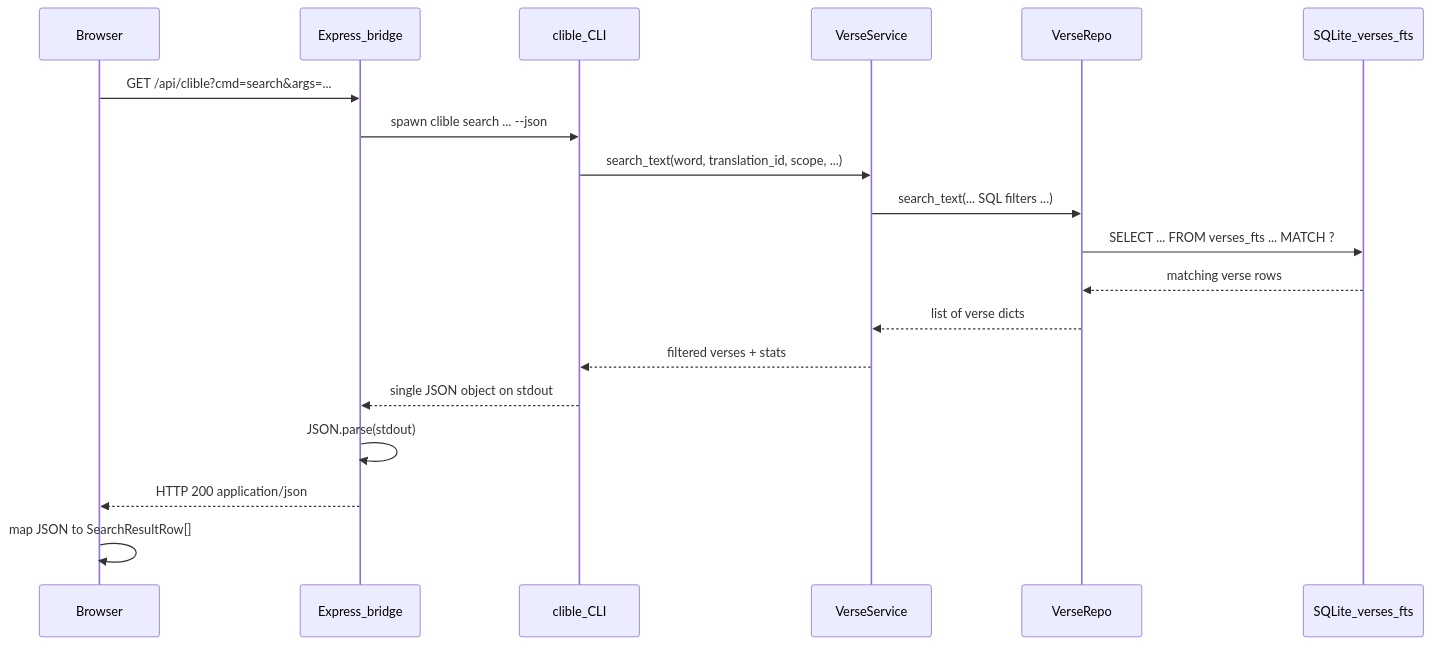
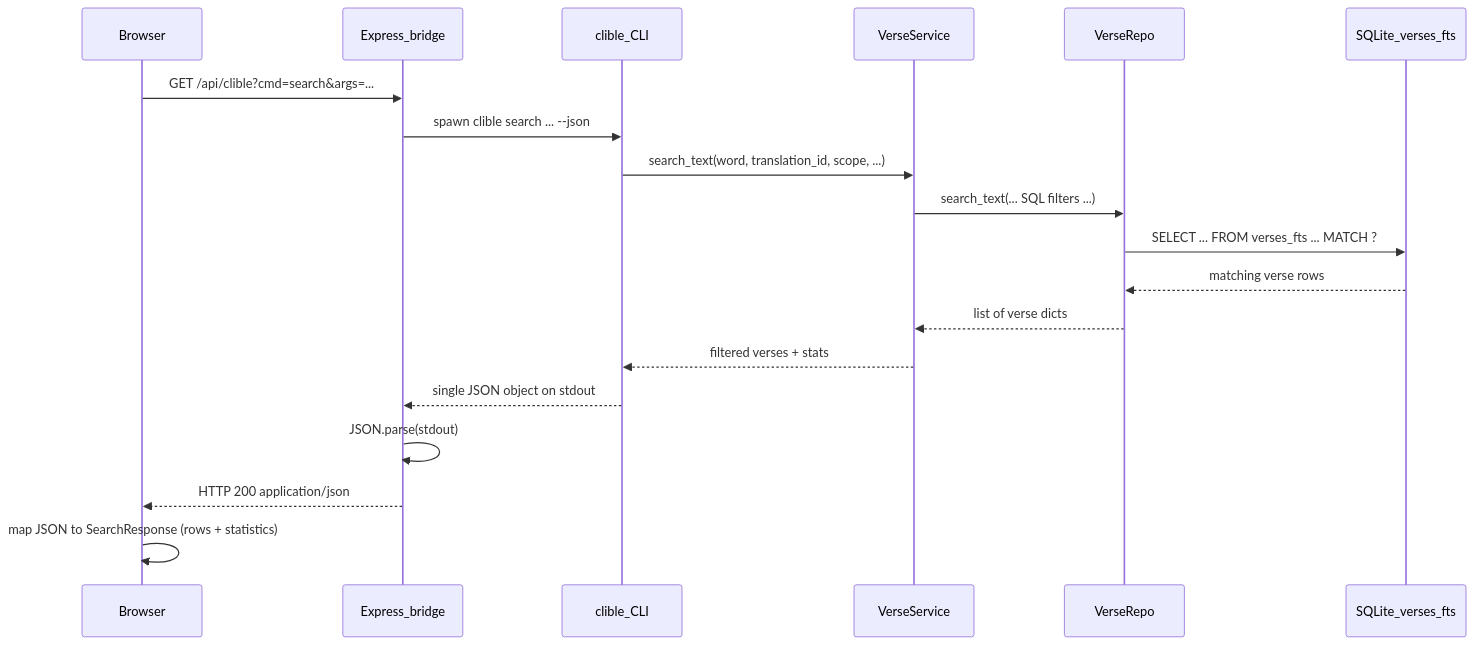
Before and after one commit to mvirtai/clible-v2: the diagram in docs/SEARCH_FLOW.md, drawn with Mermaid. The commit also changed other lines of this file and 3 other files, not shown here.

First line of the commit message:
docs: update SEARCH_FLOW.md for statistics, limit, and book name resolution

````diff
--- a/docs/SEARCH_FLOW.md
+++ b/docs/SEARCH_FLOW.md
@@ -7,22 +7,22 @@
 ```mermaid
 sequenceDiagram
   participant Browser
   participant Express as Express_bridge
   participant CLI as clible_CLI
   participant VS as VerseService
   participant VR as VerseRepo
   participant DB as SQLite_verses_fts
 
   Browser->>Express: GET /api/clible?cmd=search&args=...
   Express->>CLI: spawn clible search ... --json
   CLI->>VS: search_text(word, translation_id, scope, ...)
   VS->>VR: search_text(... SQL filters ...)
   VR->>DB: SELECT ... FROM verses_fts ... MATCH ?
   DB-->>VR: matching verse rows
   VR-->>VS: list of verse dicts
   VS-->>CLI: filtered verses + stats
   CLI-->>Express: single JSON object on stdout
   Express->>Express: JSON.parse(stdout)
   Express-->>Browser: HTTP 200 application/json
-  Browser->>Browser: map JSON to SearchResultRow[]
+  Browser->>Browser: map JSON to SearchResponse (rows + statistics)
 ```
````
